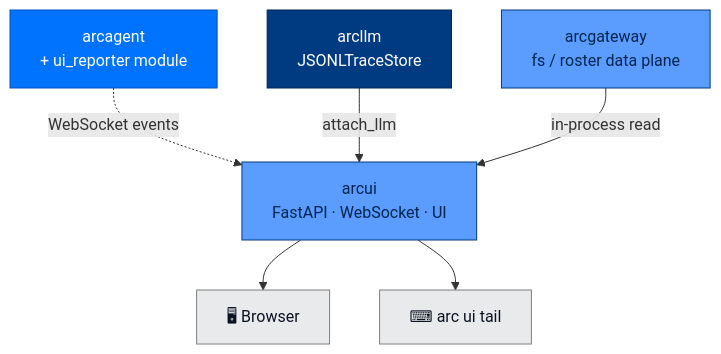
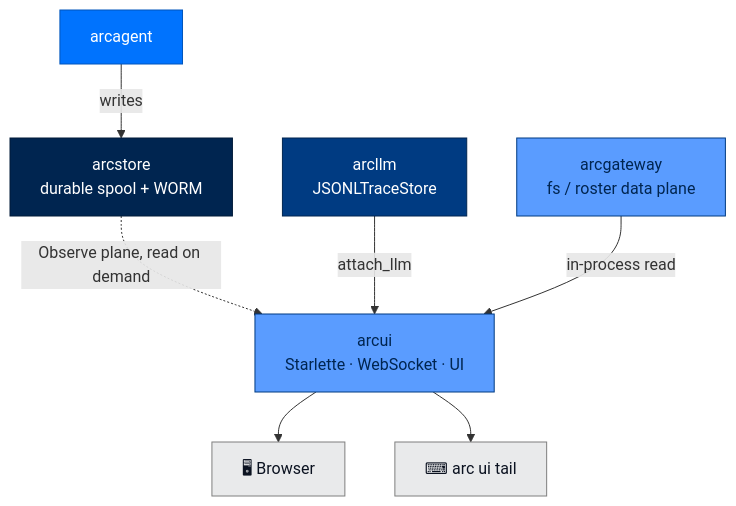
The diagram in packages/arcui/README.md (joshuamschultz/Arc), drawn with Mermaid before and after one commit. The commit also changed other lines of this file and 26 other files, not shown here.

````diff
--- a/packages/arcui/README.md
+++ b/packages/arcui/README.md
@@ -29,13 +33,15 @@
 ```mermaid
 flowchart TB
     classDef surface fill:#5A9CFF,stroke:#003B82,color:#002550
     classDef agent fill:#0073FE,stroke:#0055BC,color:#FFFFFF
     classDef llm fill:#003B82,stroke:#002550,color:#FFFFFF
+    classDef found fill:#002550,stroke:#001A38,color:#FFFFFF
     classDef other fill:#E9EAEB,stroke:#7F7F7F,color:#0B1220
 
-    arcagent[arcagent<br/>+ ui_reporter module]:::agent -.->|WebSocket events| arcui
+    arcagent[arcagent]:::agent -->|writes| arcstore[arcstore<br/>durable spool + WORM]:::found
+    arcstore -.->|Observe plane, read on demand| arcui
     arcllm[arcllm<br/>JSONLTraceStore]:::llm -->|attach_llm| arcui
     arcgateway[arcgateway<br/>fs / roster data plane]:::surface -->|in-process read| arcui
-    arcui[arcui<br/>FastAPI · WebSocket · UI]:::surface --> Browser[🖥 Browser]:::other
+    arcui[arcui<br/>Starlette · WebSocket · UI]:::surface --> Browser[🖥 Browser]:::other
     arcui --> Terminal[⌨ arc ui tail]:::other
 ```
````
